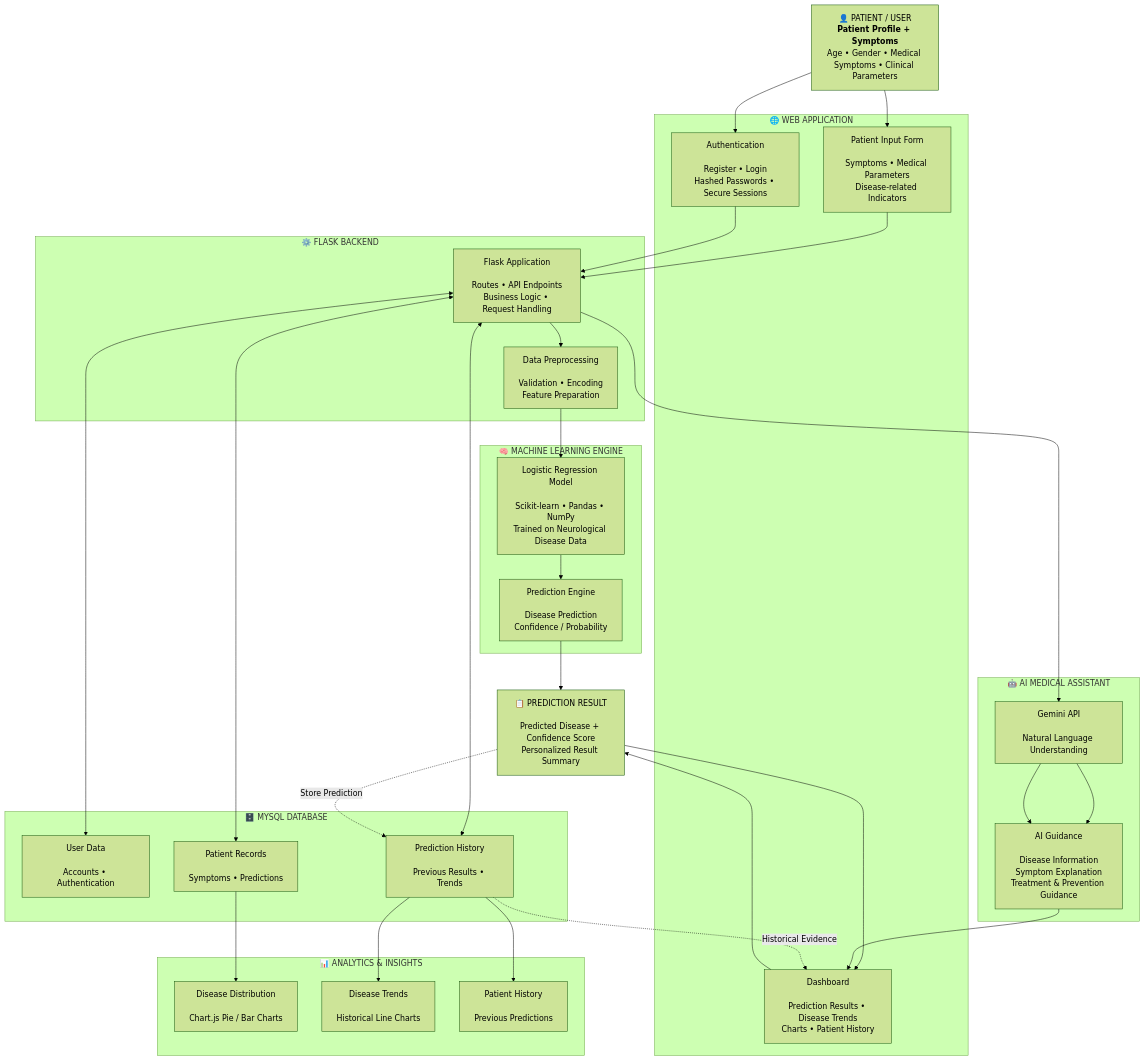
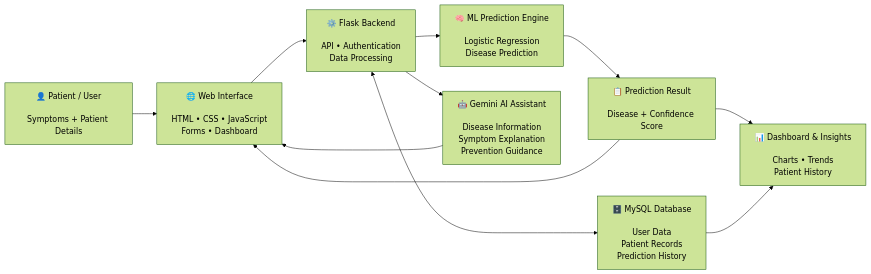
The diagram in README.md (Priyadharshinik15/Neuro_predictive_AI), drawn with Mermaid (forest theme) before and after one commit. The commit also changed other lines of this file, not shown here.

````diff
--- a/README.md
+++ b/README.md
@@ -88,71 +88,32 @@
 ```mermaid
-flowchart TB
+flowchart LR
 
-    A["👤 PATIENT / USER<br/><b>Patient Profile + Symptoms</b><br/>Age • Gender • Medical Symptoms • Clinical Parameters"]
+    A["👤 Patient / User<br/><br/>Symptoms + Patient Details"]
 
-    subgraph UI["🌐 WEB APPLICATION"]
-        B["Patient Input Form<br/><br/>Symptoms • Medical Parameters<br/>Disease-related Indicators"]
-        C["Dashboard<br/><br/>Prediction Results • Disease Trends<br/>Charts • Patient History"]
-        D["Authentication<br/><br/>Register • Login<br/>Hashed Passwords • Secure Sessions"]
-    end
+    B["🌐 Web Interface<br/><br/>HTML • CSS • JavaScript<br/>Forms • Dashboard"]
 
-    subgraph BACKEND["⚙️ FLASK BACKEND"]
-        E["Flask Application<br/><br/>Routes • API Endpoints<br/>Business Logic • Request Handling"]
-        F["Data Preprocessing<br/><br/>Validation • Encoding<br/>Feature Preparation"]
-    end
+    C["⚙️ Flask Backend<br/><br/>API • Authentication<br/>Data Processing"]
 
-    subgraph ML["🧠 MACHINE LEARNING ENGINE"]
-        G["Logistic Regression Model<br/><br/>Scikit-learn • Pandas • NumPy<br/>Trained on Neurological Disease Data"]
-        H["Prediction Engine<br/><br/>Disease Prediction<br/>Confidence / Probability"]
-        G --> H
-    end
+    D["🧠 ML Prediction Engine<br/><br/>Logistic Regression<br/>Disease Prediction"]
 
-    subgraph AI["🤖 AI MEDICAL ASSISTANT"]
-        I["Gemini API<br/><br/>Natural Language Understanding"]
-        J["AI Guidance<br/><br/>Disease Information<br/>Symptom Explanation<br/>Treatment & Prevention Guidance"]
-        I --> J
-    end
+    E["📋 Prediction Result<br/><br/>Disease + Confidence Score"]
 
-    subgraph DB["🗄️ MYSQL DATABASE"]
-        K["User Data<br/><br/>Accounts • Authentication"]
-        L["Patient Records<br/><br/>Symptoms • Predictions"]
-        M["Prediction History<br/><br/>Previous Results • Trends"]
-    end
+    F["🗄️ MySQL Database<br/><br/>User Data<br/>Patient Records<br/>Prediction History"]
 
-    N["📋 PREDICTION RESULT<br/><br/>Predicted Disease + Confidence Score<br/>Personalized Result Summary"]
+    G["🤖 Gemini AI Assistant<br/><br/>Disease Information<br/>Symptom Explanation<br/>Prevention Guidance"]
 
-    subgraph ANALYTICS["📊 ANALYTICS & INSIGHTS"]
-        O["Disease Distribution<br/><br/>Chart.js Pie / Bar Charts"]
-        P["Disease Trends<br/><br/>Historical Line Charts"]
-        Q["Patient History<br/><br/>Previous Predictions"]
-    end
+    H["📊 Dashboard & Insights<br/><br/>Charts • Trends<br/>Patient History"]
 
     A --> B
-    A --> D
+    B --> C
+    C --> D
+    D --> E
+    E --> B
 
-    B --> E
-    D --> E
+    C <--> F
+    C --> G
+    G --> B
 
-    E --> F
-    F --> G
-
-    H --> N
-    N --> C
-
-    E <--> K
-    E <--> L
-    E <--> M
-
-    M --> Q
-    L --> O
-    M --> P
-
-    E --> I
-    I --> J
-    J --> C
-
-    C --> N
-
-    N -. "Store Prediction" .-> M
-    M -. "Historical Evidence" .-> C
+    E --> H
+    F --> H
 ```
````
